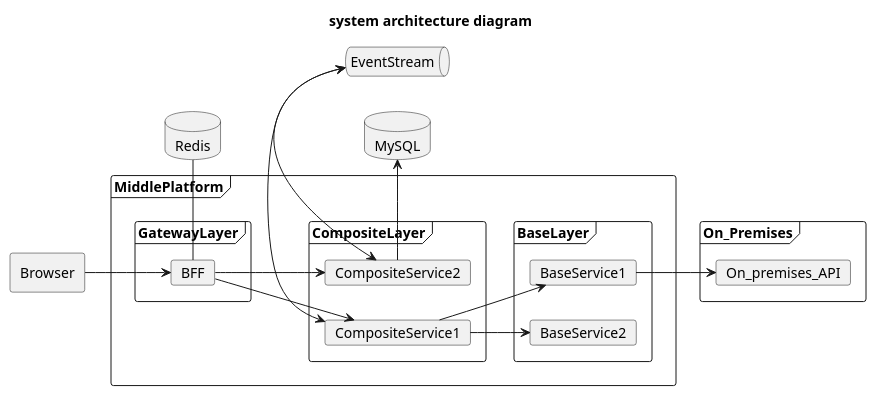
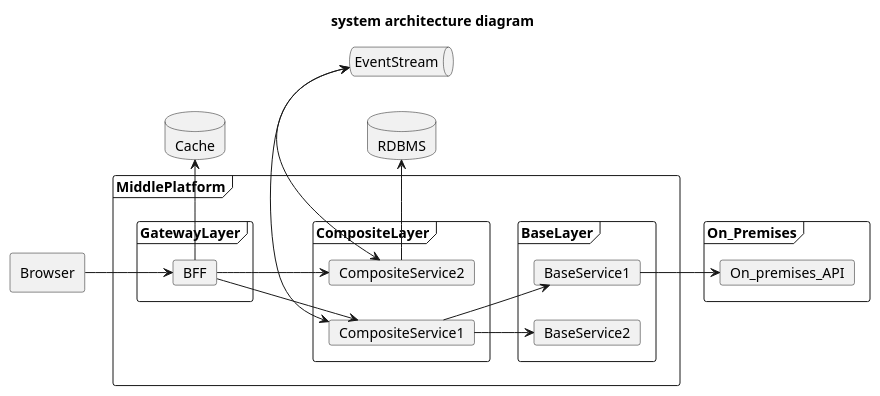
Before and after one commit to cloud-technology/initialize-project: the first of 2 diagrams in README.md, drawn with PlantUML. The commit also changed other lines of this file and 34 other files, not shown here.

````diff
--- a/README.md
+++ b/README.md
@@ -5,48 +5,49 @@
 ```plantuml
 @startuml
 title system architecture diagram
 agent Browser
 queue EventStream
-database Redis as Cache
-database MySQL as RDS
+database Cache as Cache1
+database RDBMS as RDBMS
 
 left to right direction
 frame MiddlePlatform {
   left to right direction
   frame GatewayLayer {
     card BFF
   }
   left to right direction
   frame CompositeLayer {
     card CompositeService1  
     card CompositeService2
   }
   left to right direction
   frame BaseLayer {
     card BaseService1
     card BaseService2
   }
 }
 
 left to right direction
 frame On_Premises {
   card On_premises_API
 }
 
 Browser --> BFF
 
 BFF --> CompositeService1
 BFF --> CompositeService2
-BFF - Cache
+BFF -> Cache1
 
 CompositeService1 --> BaseService1
 CompositeService1 --> BaseService2
 
-CompositeService2 -> RDS
+CompositeService2 -> RDBMS
 CompositeService2 <-> EventStream
 CompositeService1 <-> EventStream 
+
 
 BaseService1 --> On_premises_API
 
 @enduml
 ```
````
